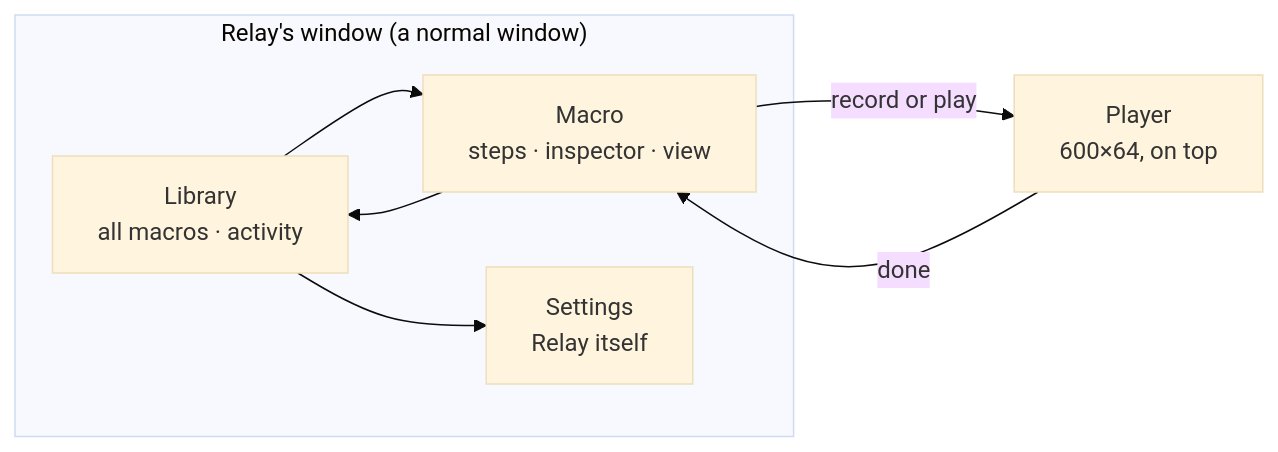
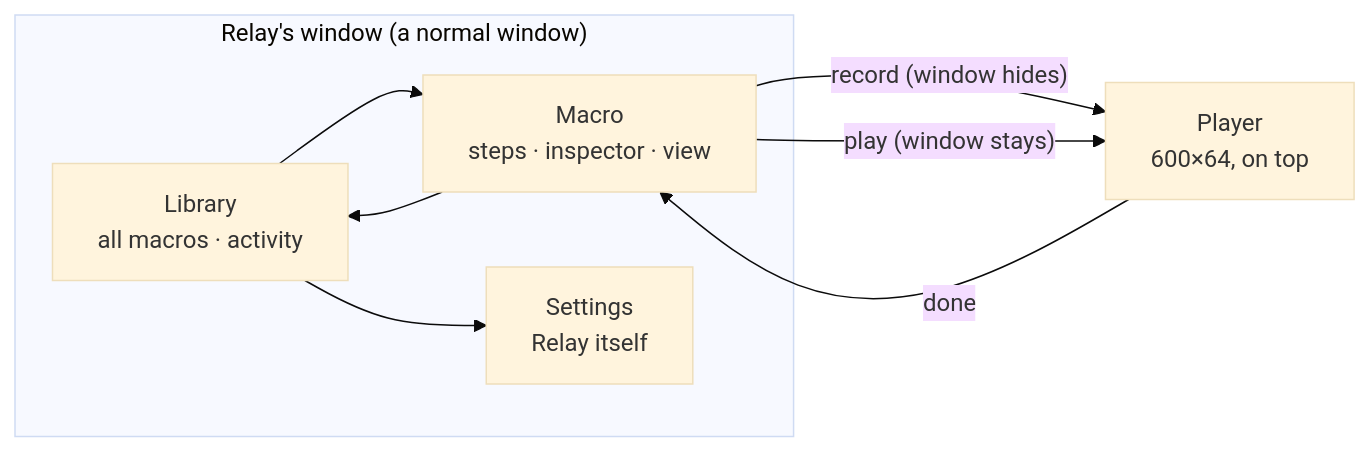
Before and after one commit to HappyRave/Relay: the third of 3 diagrams in docs/design/ux-research-panel.md, drawn with Mermaid (base theme). The commit also changed other lines of this file, not shown here.

````diff
--- a/docs/design/ux-research-panel.md
+++ b/docs/design/ux-research-panel.md
@@ -1070,14 +1076,15 @@
 ```mermaid
 flowchart LR
   subgraph Window["Relay's window (a normal window)"]
     Lib["Library<br/>all macros · activity"]
     Mac["Macro<br/>steps · inspector · view"]
     Set["Settings<br/>Relay itself"]
     Lib --> Mac
     Lib --> Set
     Mac --> Lib
   end
   Player["Player<br/>600×64, on top"]
-  Mac -- "record or play" --> Player
+  Mac -- "record (window hides)" --> Player
+  Mac -- "play (window stays)" --> Player
   Player -- "done" --> Mac
 ```
````
